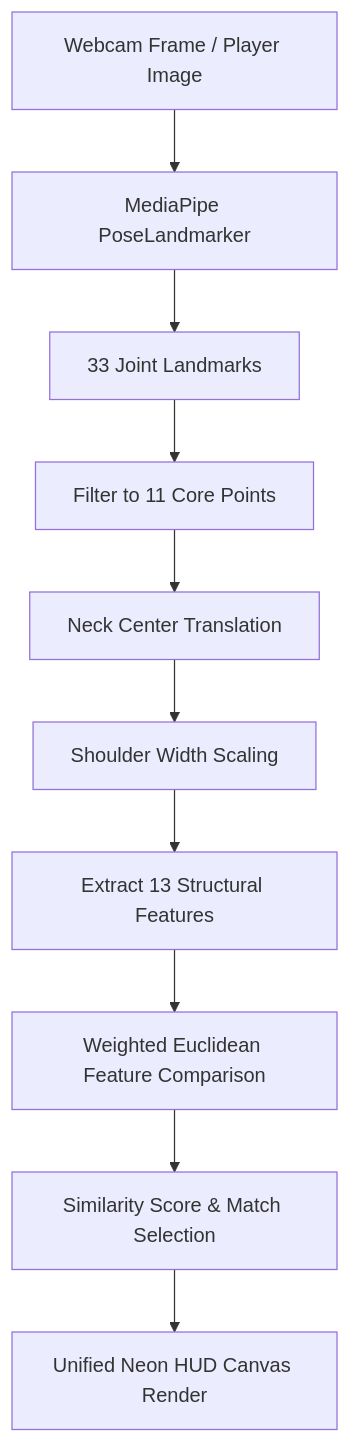
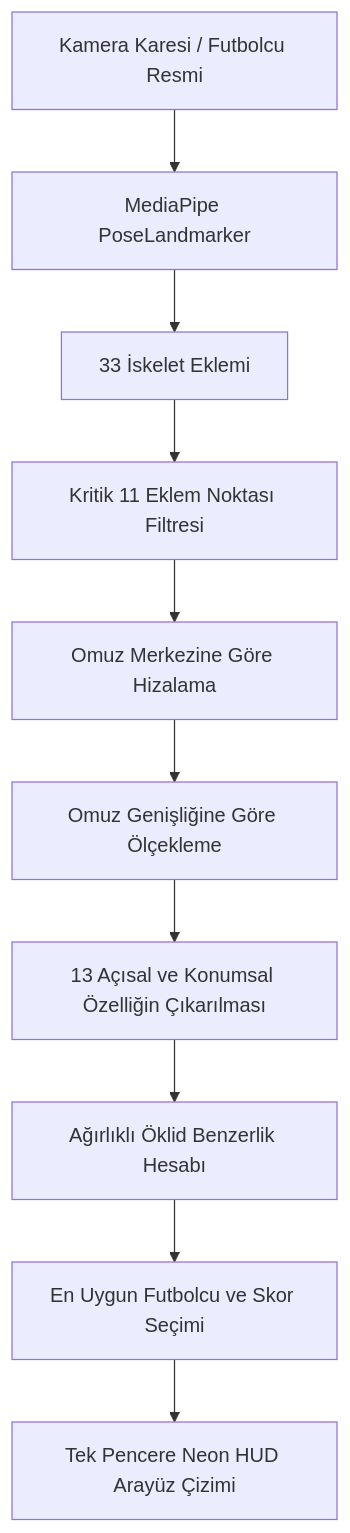
Before and after one commit to ercanpolatt/whoisyourplayer: the diagram in README.md, drawn with Mermaid. The commit also changed other lines of this file, not shown here.

````diff
--- a/README.md
+++ b/README.md
@@ -51,12 +51,12 @@
 ```mermaid
 graph TD
-    A[Webcam Frame / Player Image] --> B[MediaPipe PoseLandmarker]
-    B --> C[33 Joint Landmarks]
-    C --> D[Filter to 11 Core Points]
-    D --> E[Neck Center Translation]
-    E --> F[Shoulder Width Scaling]
-    F --> G[Extract 13 Structural Features]
-    G --> H[Weighted Euclidean Feature Comparison]
-    H --> I[Similarity Score & Match Selection]
-    I --> J[Unified Neon HUD Canvas Render]
+    A[Kamera Karesi / Futbolcu Resmi] --> B[MediaPipe PoseLandmarker]
+    B --> C[33 İskelet Eklemi]
+    C --> D[Kritik 11 Eklem Noktası Filtresi]
+    D --> E[Omuz Merkezine Göre Hizalama]
+    E --> F[Omuz Genişliğine Göre Ölçekleme]
+    F --> G[13 Açısal ve Konumsal Özelliğin Çıkarılması]
+    G --> H[Ağırlıklı Öklid Benzerlik Hesabı]
+    H --> I[En Uygun Futbolcu ve Skor Seçimi]
+    I --> J[Tek Pencere Neon HUD Arayüz Çizimi]
 ```
````
